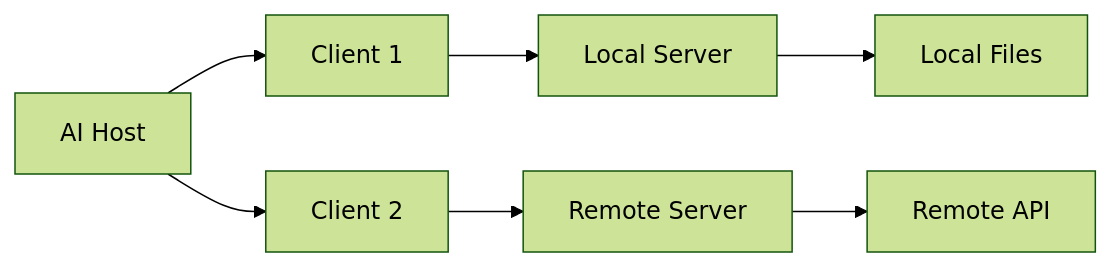
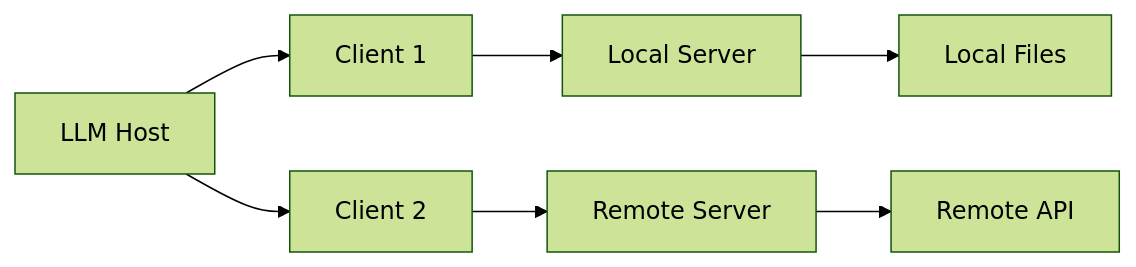
The diagram in docs/what_is_mcp.md (cafferychen777/ChatSpatial), drawn with Mermaid (forest theme) before and after one commit. The commit also changed other lines of this file and 2 other files, not shown here.

First line of the commit message:
Update terminology from AI to modern LLM/Agent concepts

````diff
--- a/docs/what_is_mcp.md
+++ b/docs/what_is_mcp.md
@@ -22,9 +22,9 @@
 ```mermaid
 graph LR
-    H[AI Host] --> C1[Client 1]
+    H[LLM Host] --> C1[Client 1]
     H --> C2[Client 2]
     C1 --> S1[Local Server]
     C2 --> S2[Remote Server]
     S1 --> R1[Local Files]
     S2 --> R2[Remote API]
 ```
````
